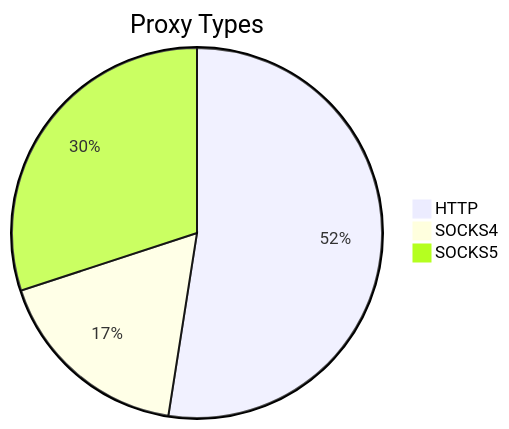
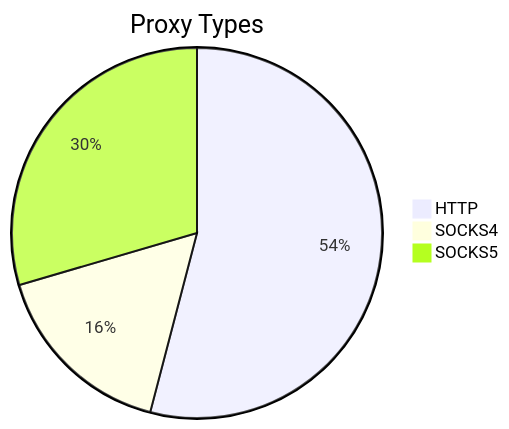
Before and after one commit to stormsia/proxy-list: the first of 2 diagrams in README.md, drawn with Mermaid. The commit also changed other lines of this file, not shown here.

````diff
--- a/README.md
+++ b/README.md
@@ -21,6 +21,6 @@
 ```mermaid
 pie title Proxy Types
-    "HTTP" : 477
-    "SOCKS4" : 159
-    "SOCKS5" : 273
+    "HTTP" : 379
+    "SOCKS4" : 115
+    "SOCKS5" : 207
 ```
````
